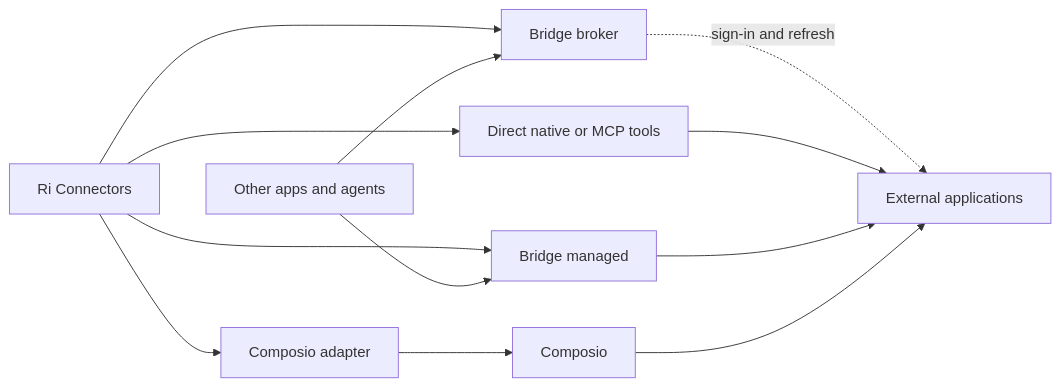
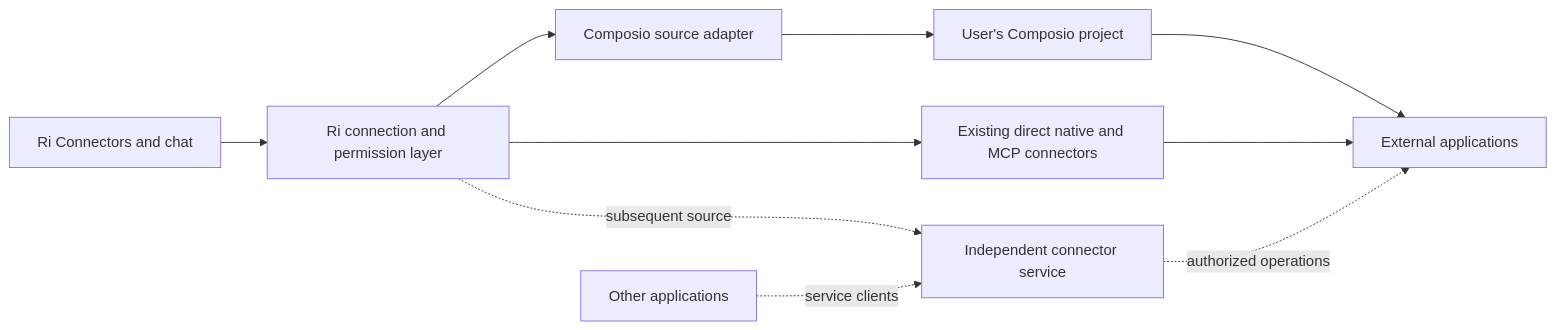
The diagram in docs/connector-service-spec.md (treyhuffine/ai-task-manager), drawn with Mermaid before and after one commit. The commit also changed other lines of this file, not shown here.

First line of the commit message:
docs: connector sources spec with Composio first

````diff
--- a/docs/connector-service-spec.md
+++ b/docs/connector-service-spec.md
@@ -105,13 +132,12 @@
 ```mermaid
 flowchart LR
-    R[Ri Connectors] --> D[Direct native or MCP tools]
-    R --> B[Bridge broker]
-    R --> M[Bridge managed]
-    R --> C[Composio adapter]
-    X[Other apps and agents] --> M
-    X --> B
-    B -. sign-in and refresh .-> A[External applications]
+    U[Ri Connectors and chat] --> R[Ri connection and permission layer]
+    R --> D[Existing direct native and MCP connectors]
+    R --> C[Composio source adapter]
+    C --> P[User's Composio project]
+    P --> A[External applications]
     D --> A
-    M --> A
-    C --> H[Composio] --> A
+    R -. subsequent source .-> S[Independent connector service]
+    X[Other applications] -. service clients .-> S
+    S -. authorized operations .-> A
 ```
````
